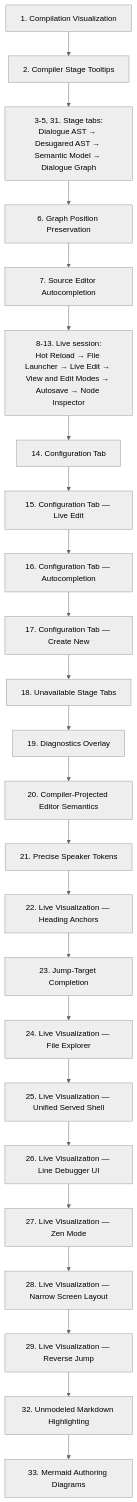
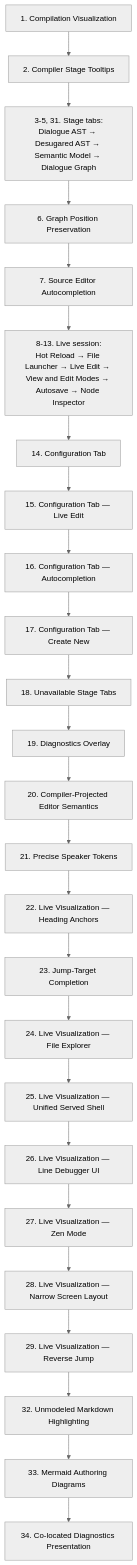
One commit to pengzhengyi/dialoguedown changed the third of 3 diagrams in docs/contributing/design-notes/README.md. Above: the diagram before and after it, drawn with Mermaid (neutral theme). The commit also changed other lines of this file and 2 other files, not shown here.

Commit message:
docs(diagnostics): add co-located presentation note
Record the approved dominant-severity marker, complete detail stack, canonical
same-position ordering, and CodeMirror partial-overlap boundary.

````diff
--- a/docs/contributing/design-notes/README.md
+++ b/docs/contributing/design-notes/README.md
@@ -137,26 +137,27 @@
 ```mermaid
 flowchart TB
     CV["1. Compilation Visualization"] --> TT["2. Compiler Stage Tooltips"]
     TT --> TABS["3-5, 31. Stage tabs:<br/>Dialogue AST → Desugared AST → Semantic Model → Dialogue Graph"]
     TABS --> GX["6. Graph Position Preservation"]
     GX --> AC["7. Source Editor Autocompletion"]
     AC --> LIVE["8-13. Live session:<br/>Hot Reload → File Launcher → Live Edit → View and Edit Modes → Autosave → Node Inspector"]
     LIVE --> CFG["14. Configuration Tab"]
     CFG --> CFGLE["15. Configuration Tab — Live Edit"]
     CFGLE --> CFGAC["16. Configuration Tab — Autocompletion"]
     CFGAC --> CFGCN["17. Configuration Tab — Create New"]
     CFGCN --> UST["18. Unavailable Stage Tabs"]
     UST --> DGO["19. Diagnostics Overlay"]
     DGO --> CPE["20. Compiler-Projected Editor Semantics"]
     CPE --> PST["21. Precise Speaker Tokens"]
     PST --> HA["22. Live Visualization — Heading Anchors"]
     HA --> JTC["23. Jump-Target Completion"]
     JTC --> FE["24. Live Visualization — File Explorer"]
     FE --> USS["25. Live Visualization — Unified Served Shell"]
     USS --> LDU["26. Live Visualization — Line Debugger UI"]
     LDU --> ZEN["27. Live Visualization — Zen Mode"]
     ZEN --> NSL["28. Live Visualization — Narrow Screen Layout"]
     NSL --> RJ["29. Live Visualization — Reverse Jump"]
     RJ --> UMH["32. Unmodeled Markdown Highlighting"]
     UMH --> MAD["33. Mermaid Authoring Diagrams"]
+    MAD --> CDP["34. Co-located Diagnostics Presentation"]
 ```
````
